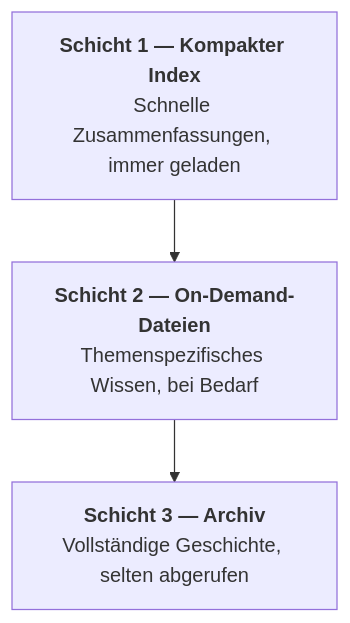
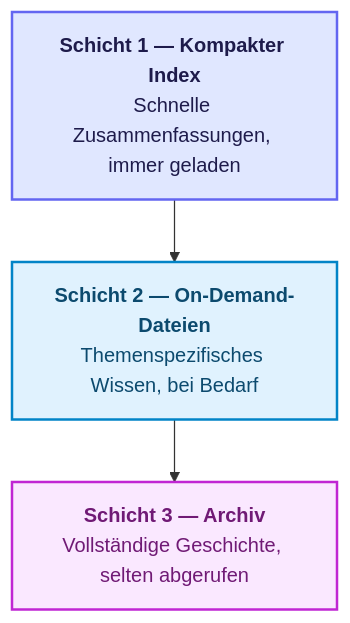
Before and after one commit to ralf-42/Agenten: the seventh of 7 diagrams in docs/04-agenten-implementierung/ablauf-zustand/memory-systeme.md, drawn with Mermaid. The commit also changed other lines of this file and 18 other files, not shown here.

````diff
--- a/docs/04-agenten-implementierung/ablauf-zustand/memory-systeme.md
+++ b/docs/04-agenten-implementierung/ablauf-zustand/memory-systeme.md
@@ -494,7 +537,14 @@
 ```mermaid
 flowchart TB
     S1["<b>Schicht 1 — Kompakter Index</b><br/>Schnelle Zusammenfassungen, immer geladen"]
     S2["<b>Schicht 2 — On-Demand-Dateien</b><br/>Themenspezifisches Wissen, bei Bedarf"]
     S3["<b>Schicht 3 — Archiv</b><br/>Vollständige Geschichte, selten abgerufen"]
     S1 --> S2 --> S3
+
+    classDef default fill:#e0f2fe,stroke:#0284c7,stroke-width:2px,color:#0c4a6e;
+    classDef input fill:#e0e7ff,stroke:#6366f1,stroke-width:2px,color:#1e1b4b;
+    classDef target fill:#fae8ff,stroke:#c026d3,stroke-width:2px,color:#701a75;
+
+    class S1 input;
+    class S3 target;
 ```
````
